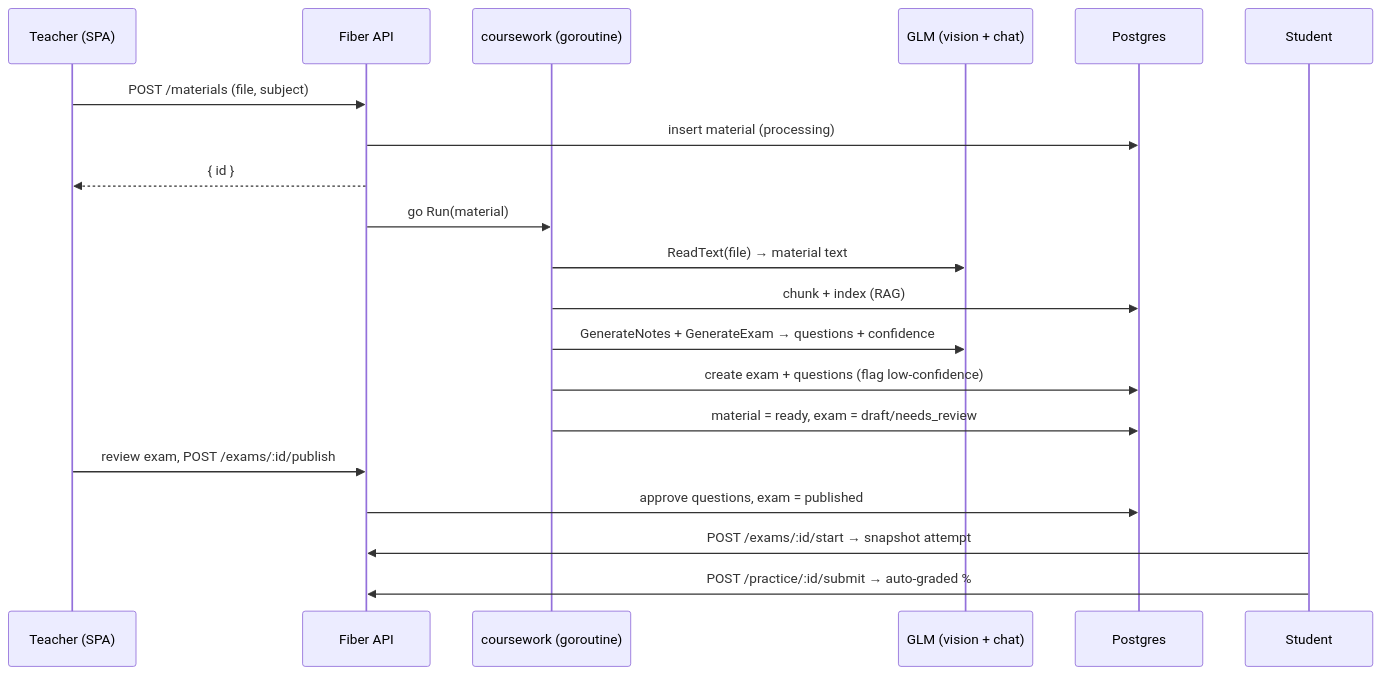
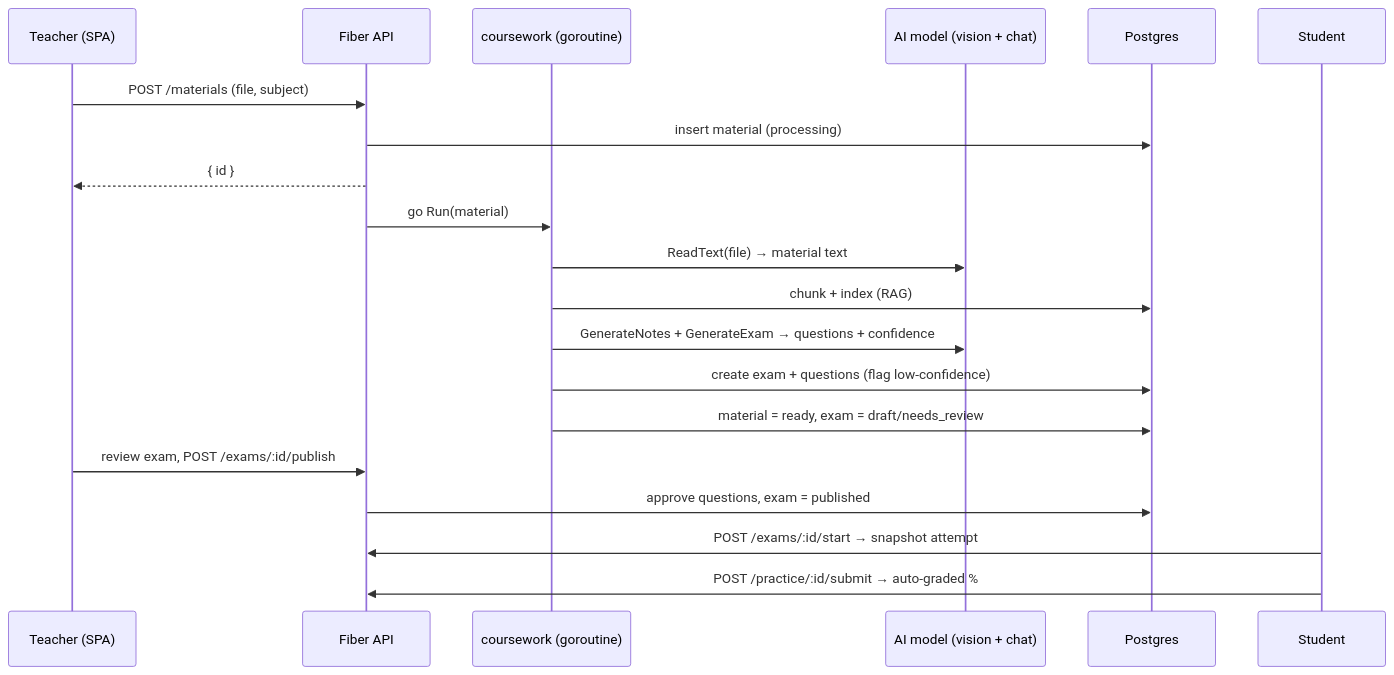
The fourth of 8 diagrams in docs/TECHNICAL.md (akbarharyadi/homework-studio), drawn with Mermaid before and after one commit. The commit also changed other lines of this file and 9 other files, not shown here.

````diff
--- a/docs/TECHNICAL.md
+++ b/docs/TECHNICAL.md
@@ -187,23 +187,23 @@
 ```mermaid
 sequenceDiagram
     participant T as Teacher (SPA)
     participant A as Fiber API
     participant P as coursework (goroutine)
-    participant AI as GLM (vision + chat)
+    participant AI as AI model (vision + chat)
     participant DB as Postgres
     participant S as Student
 
     T->>A: POST /materials (file, subject)
     A->>DB: insert material (processing)
     A-->>T: { id }
     A->>P: go Run(material)
     P->>AI: ReadText(file) → material text
     P->>DB: chunk + index (RAG)
     P->>AI: GenerateNotes + GenerateExam → questions + confidence
     P->>DB: create exam + questions (flag low-confidence)
     P->>DB: material = ready, exam = draft/needs_review
     T->>A: review exam, POST /exams/:id/publish
     A->>DB: approve questions, exam = published
     S->>A: POST /exams/:id/start → snapshot attempt
     S->>A: POST /practice/:id/submit → auto-graded %
 ```
````
